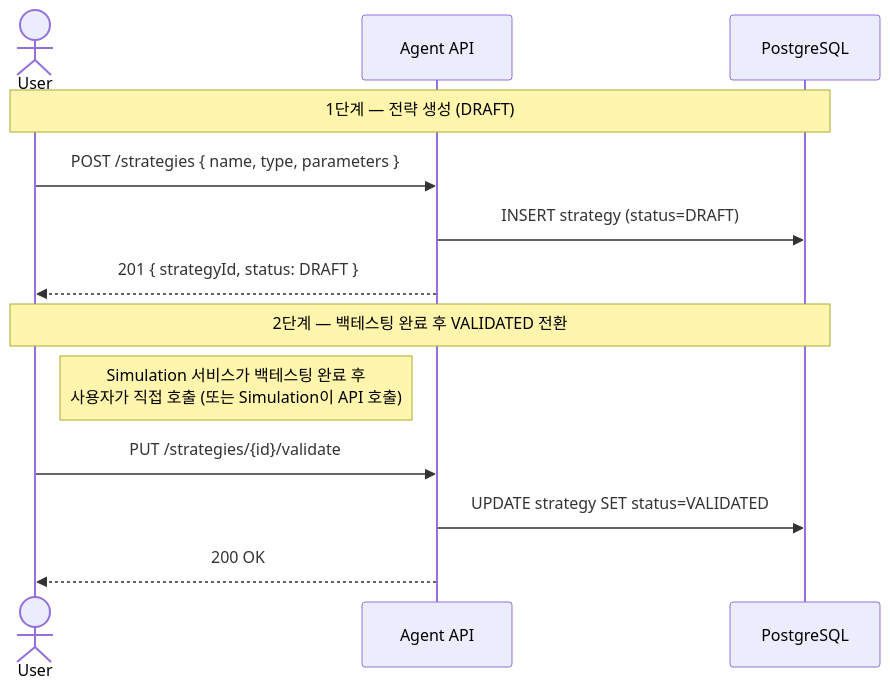
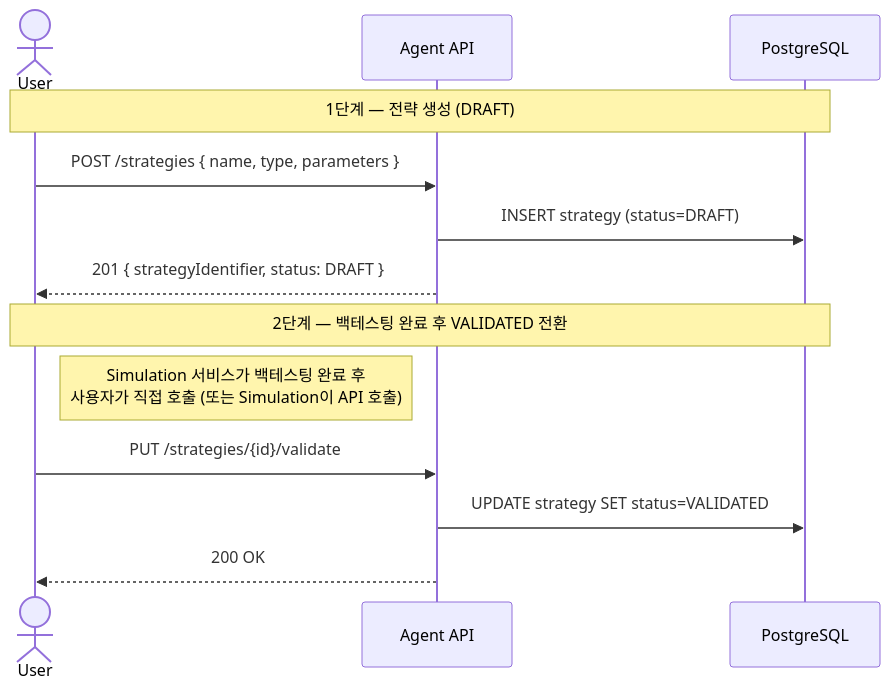
The first of 6 diagrams in backend/agent/sequence-diagram.md (Trade-Pilot/.github), drawn with Mermaid before and after one commit. The commit also changed other lines of this file and 17 other files, not shown here.

````diff
--- a/backend/agent/sequence-diagram.md
+++ b/backend/agent/sequence-diagram.md
@@ -5,17 +5,17 @@
 ```mermaid
 sequenceDiagram
     actor User
     participant API as Agent API
     participant DB  as PostgreSQL
 
     Note over User, DB: 1단계 — 전략 생성 (DRAFT)
     User ->> API: POST /strategies { name, type, parameters }
     API  ->> DB:  INSERT strategy (status=DRAFT)
-    API -->> User: 201 { strategyId, status: DRAFT }
+    API -->> User: 201 { strategyIdentifier, status: DRAFT }
 
     Note over User, DB: 2단계 — 백테스팅 완료 후 VALIDATED 전환
     Note right of User: Simulation 서비스가 백테스팅 완료 후<br>사용자가 직접 호출 (또는 Simulation이 API 호출)
     User ->> API: PUT /strategies/{id}/validate
     API  ->> DB:  UPDATE strategy SET status=VALIDATED
     API -->> User: 200 OK
 ```
````
